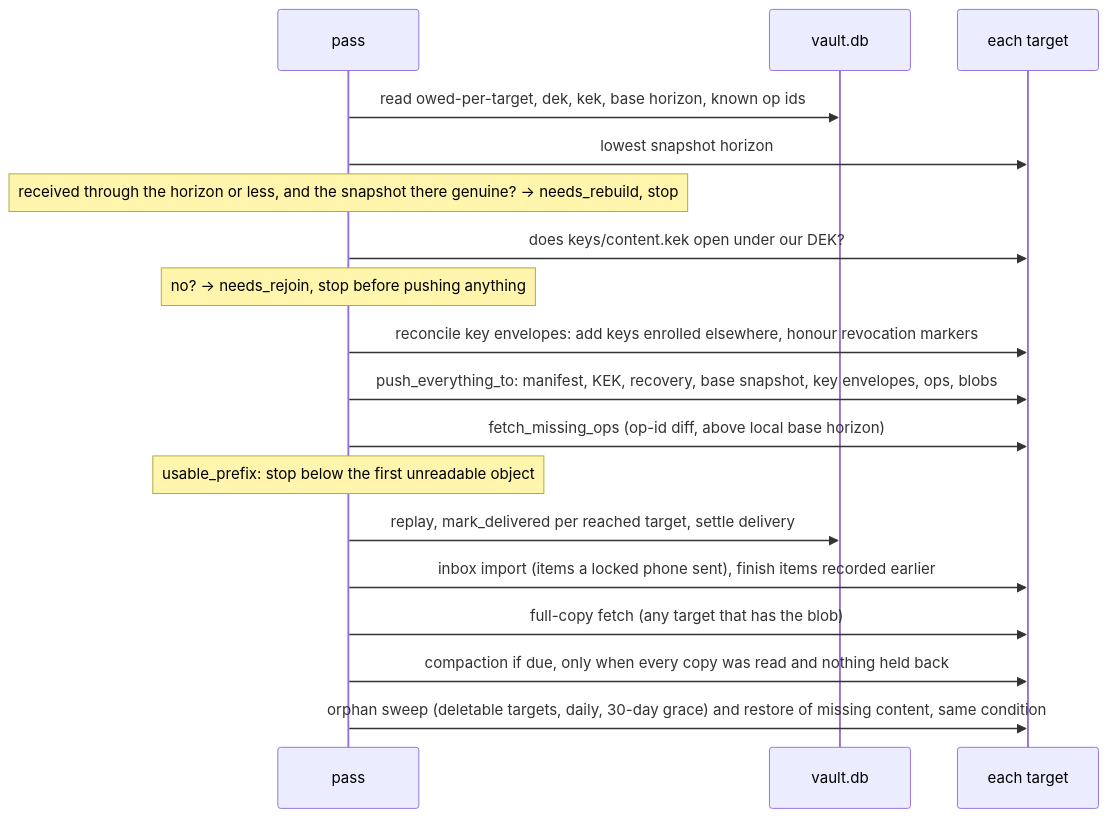
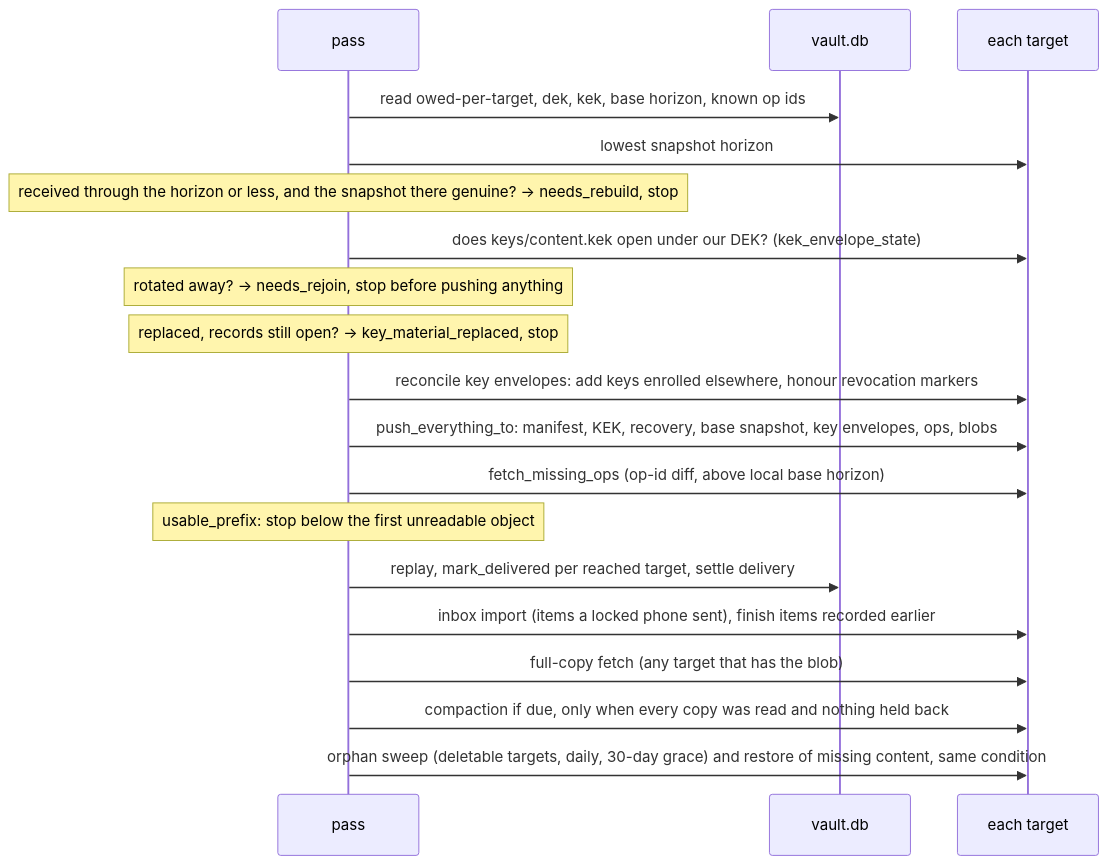
Before and after one commit to silentsilo/desktop: the second of 3 diagrams in docs/ARCHITECTURE.md, drawn with Mermaid. The commit also changed other lines of this file and 19 other files, not shown here.

````diff
--- a/docs/ARCHITECTURE.md
+++ b/docs/ARCHITECTURE.md
@@ -71,20 +71,21 @@
 ```mermaid
 sequenceDiagram
     participant P as pass
     participant DB as vault.db
     participant T as each target
     P->>DB: read owed-per-target, dek, kek, base horizon, known op ids
     P->>T: lowest snapshot horizon
     Note over P: received through the horizon or less, and the snapshot there genuine? → needs_rebuild, stop
-    P->>T: does keys/content.kek open under our DEK?
-    Note over P: no? → needs_rejoin, stop before pushing anything
+    P->>T: does keys/content.kek open under our DEK? (kek_envelope_state)
+    Note over P: rotated away? → needs_rejoin, stop before pushing anything
+    Note over P: replaced, records still open? → key_material_replaced, stop
     P->>T: reconcile key envelopes: add keys enrolled elsewhere, honour revocation markers
     P->>T: push_everything_to: manifest, KEK, recovery, base snapshot, key envelopes, ops, blobs
     P->>T: fetch_missing_ops (op-id diff, above local base horizon)
     Note over P: usable_prefix: stop below the first unreadable object
     P->>DB: replay, mark_delivered per reached target, settle delivery
     P->>T: inbox import (items a locked phone sent), finish items recorded earlier
     P->>T: full-copy fetch (any target that has the blob)
     P->>T: compaction if due, only when every copy was read and nothing held back
     P->>T: orphan sweep (deletable targets, daily, 30-day grace) and restore of missing content, same condition
 ```
````
